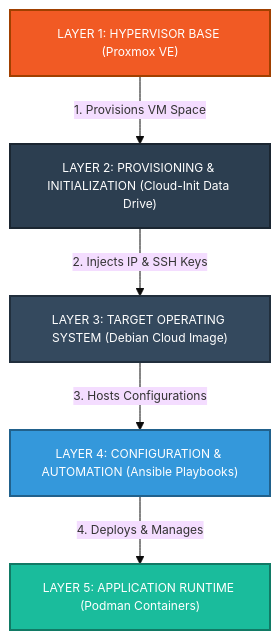
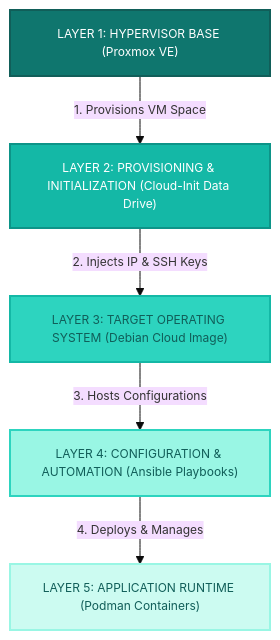
The first of 2 diagrams in README.md (InfraRaven99/Homelab-Infrastructure), drawn with Mermaid before and after one commit. The commit also changed other lines of this file, not shown here.

Commit message:
Change color definitions in Mermaid diagrams
Updated color definitions for Mermaid diagrams in README.md.

````diff
--- a/README.md
+++ b/README.md
@@ -34,20 +34,21 @@
 ```mermaid
 %%{init: { 'theme': 'base', 'themeVariables': { 'fontSize': '12px', 'fontFamily': 'sans-serif' }}}%%
 graph TD
-    classDef l4 fill:#1abc9c,stroke:#117a65,stroke-width:2px,color:#fff;
-    classDef l3 fill:#3498db,stroke:#21618c,stroke-width:2px,color:#fff;
-    classDef l2 fill:#34495e,stroke:#212f3d,stroke-width:2px,color:#fff;
-    classDef l1 fill:#2c3e50,stroke:#1b2631,stroke-width:2px,color:#fff;
-    classDef l0 fill:#f15a24,stroke:#a04000,stroke-width:2px,color:#fff;
+    classDef l4 fill:#ccfbf1,stroke:#99f6e4,stroke-width:2px,color:#115e59;
+    classDef l3 fill:#99f6e4,stroke:#2dd4bf,stroke-width:2px,color:#115e59;
+    classDef l2 fill:#2dd4bf,stroke:#14b8a6,stroke-width:2px,color:#115e59;
+    classDef l1 fill:#14b8a6,stroke:#0d9488,stroke-width:2px,color:#fff;
+    classDef l0 fill:#0f766e,stroke:#115e59,stroke-width:2px,color:#fff;
 
     L4["LAYER 5: APPLICATION RUNTIME (Podman Containers)"]:::l4
     L3["LAYER 4: CONFIGURATION & AUTOMATION (Ansible Playbooks)"]:::l3
     L2["LAYER 3: TARGET OPERATING SYSTEM (Debian Cloud Image)"]:::l2
     L1["LAYER 2: PROVISIONING & INITIALIZATION (Cloud-Init Data Drive)"]:::l1
     L0["LAYER 1: HYPERVISOR BASE (Proxmox VE)"]:::l0
 
     L0 -->|1. Provisions VM Space| L1
     L1 -->|2. Injects IP & SSH Keys| L2
     L2 -->|3. Hosts Configurations| L3
     L3 -->|4. Deploys & Manages| L4
+
 ```
````
